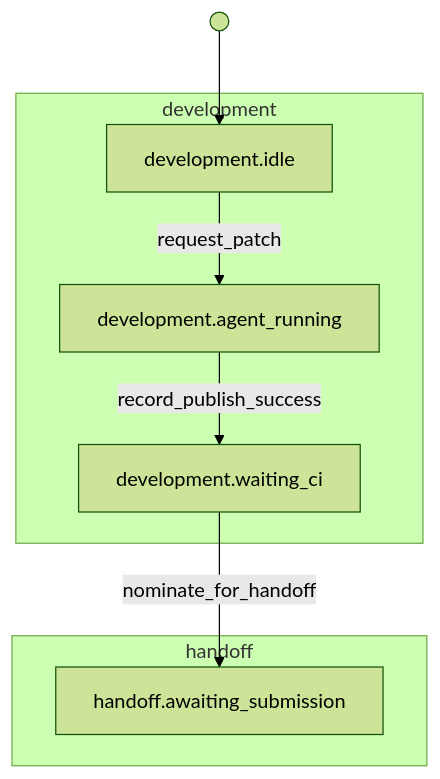
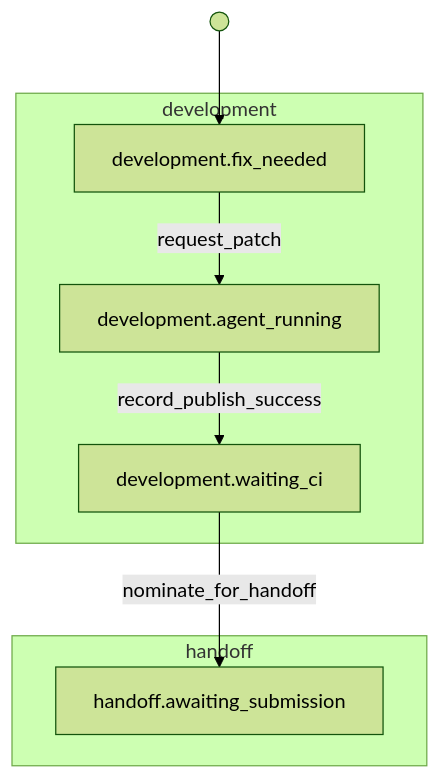
One commit to riseproject-dev/porting-agent changed the sixth of 30 diagrams in docs/state-machine/index.md. Above: the diagram before and after it, drawn with Mermaid (forest theme). The commit also changed other lines of this file and 9 other files, not shown here.

````diff
--- a/docs/state-machine/index.md
+++ b/docs/state-machine/index.md
@@ -316,16 +258,16 @@
 ```mermaid
 flowchart TB
     subgraph development["development"]
-        development_idle["development.idle"]
+        development_fix_needed["development.fix_needed"]
         development_agent_running["development.agent_running"]
         development_waiting_ci["development.waiting_ci"]
     end
     subgraph handoff["handoff"]
         handoff_awaiting_submission["handoff.awaiting_submission"]
     end
 
-    start_1(( )) --> development_idle
-    development_idle -->|request_patch| development_agent_running
+    start_1(( )) --> development_fix_needed
+    development_fix_needed -->|request_patch| development_agent_running
     development_agent_running -->|record_publish_success| development_waiting_ci
     development_waiting_ci -->|nominate_for_handoff| handoff_awaiting_submission
 ```
````
